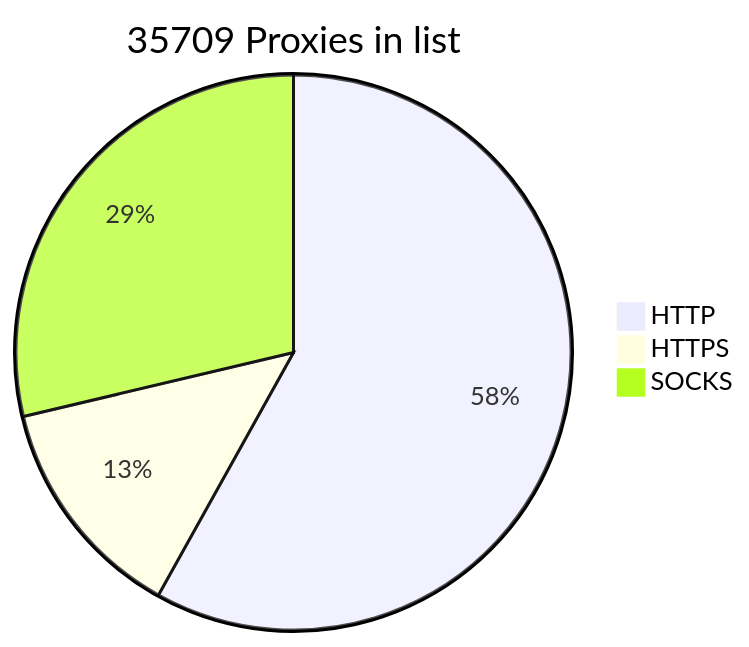
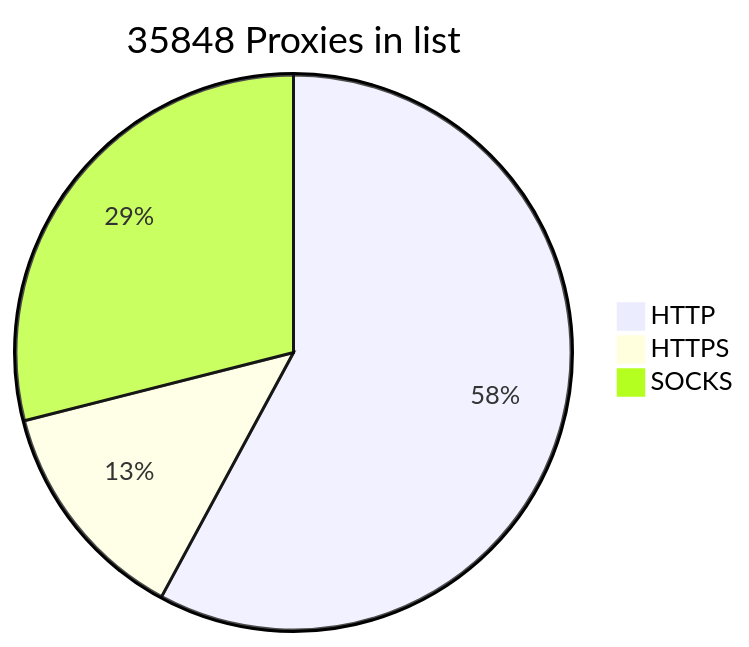
Before and after one commit to BlackSnowDot/proxylist-update-every-minute: the diagram in README.md, drawn with Mermaid.

````diff
--- a/README.md
+++ b/README.md
@@ -2,6 +2,6 @@
 ```mermaid
-pie title 35709 Proxies in list
+pie title 35848 Proxies in list
     "HTTP" : 23047
     "HTTPS": 5242
-    "SOCKS" : 11388
+    "SOCKS" : 11527
 ```
````
